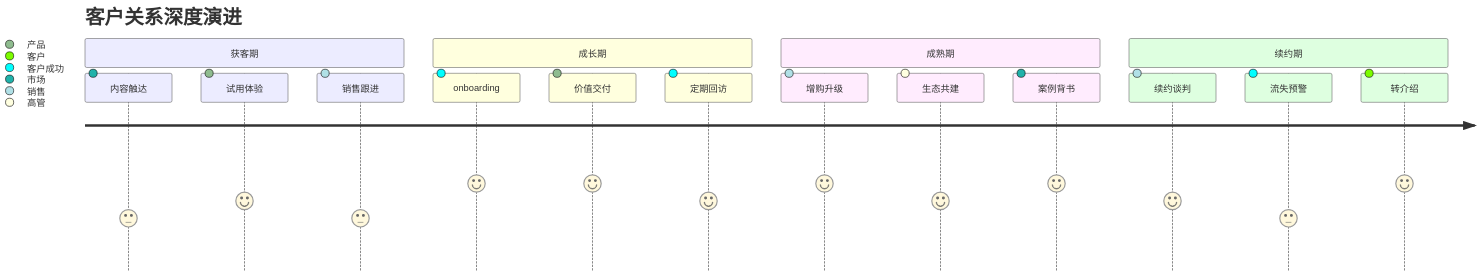
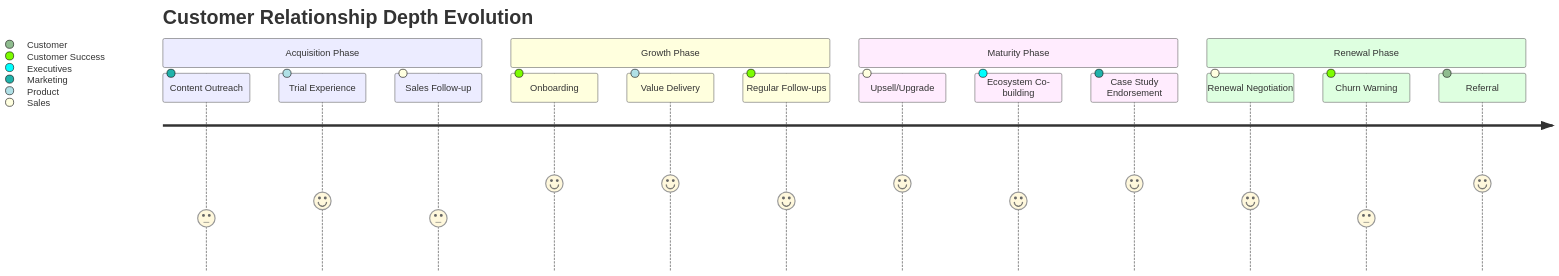
One commit to Kirky-X/cangjie changed the fifth of 15 diagrams in templates/【模板】商业模式文档.md. Above: the diagram before and after it, drawn with Mermaid. The commit also changed other lines of this file and 12 other files, not shown here.

````diff
--- a/templates/【模板】商业模式文档.md
+++ b/templates/【模板】商业模式文档.md
@@ -186,20 +186,20 @@
 ```mermaid
 journey
-    title 客户关系深度演进
-    section 获客期
-      内容触达: 3: 市场
-      试用体验: 4: 产品
-      销售跟进: 3: 销售
-    section 成长期
-       onboarding: 5: 客户成功
-      价值交付: 5: 产品
-      定期回访: 4: 客户成功
-    section 成熟期
-      增购升级: 5: 销售
-      生态共建: 4: 高管
-      案例背书: 5: 市场
-    section 续约期
-      续约谈判: 4: 销售
-      流失预警: 3: 客户成功
-      转介绍: 5: 客户
+    title Customer Relationship Depth Evolution
+    section Acquisition Phase
+      Content Outreach: 3: Marketing
+      Trial Experience: 4: Product
+      Sales Follow-up: 3: Sales
+    section Growth Phase
+       Onboarding: 5: Customer Success
+      Value Delivery: 5: Product
+      Regular Follow-ups: 4: Customer Success
+    section Maturity Phase
+      Upsell/Upgrade: 5: Sales
+      Ecosystem Co-building: 4: Executives
+      Case Study Endorsement: 5: Marketing
+    section Renewal Phase
+      Renewal Negotiation: 4: Sales
+      Churn Warning: 3: Customer Success
+      Referral: 5: Customer
 ```
````
